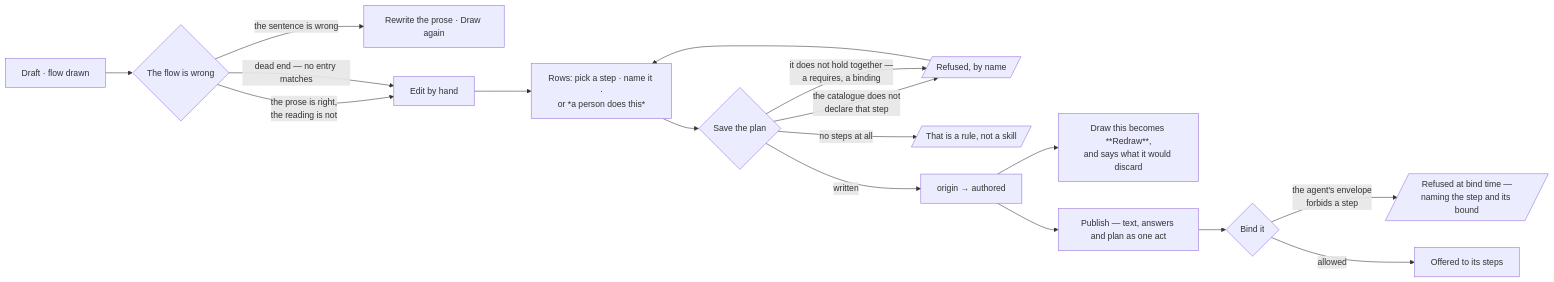
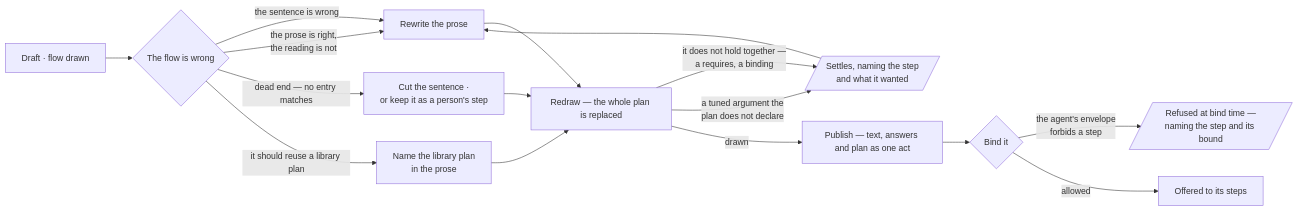
Before and after one commit to invana/invana: the first of 3 diagrams in docs/for-developers/modules/skills/features/authoring-a-skill.md, drawn with Mermaid. The commit also changed other lines of this file and 115 other files, not shown here.

````diff
--- a/docs/for-developers/modules/skills/features/authoring-a-skill.md
+++ b/docs/for-developers/modules/skills/features/authoring-a-skill.md
@@ -36,19 +39,18 @@
 ```mermaid
 flowchart LR
     D[Draft · flow drawn] --> E{The flow is wrong}
-    E -->|the sentence is wrong| P[Rewrite the prose · Draw again]
-    E -->|the prose is right,<br/>the reading is not| H[Edit by hand]
-    E -->|"dead end — no entry matches"| H
-    H --> R[Rows: pick a step · name it ·<br/>or *a person does this*]
-    R --> S{Save the plan}
-    S -->|the catalogue does not<br/>declare that step| X[/"Refused, by name"/]
-    S -->|"it does not hold together —<br/>a requires, a binding"| X
-    S -->|no steps at all| Y[/"That is a rule, not a skill"/]
-    S -->|written| A2[origin → authored]
-    X --> R
-    A2 --> Z[Draw this becomes **Redraw**,<br/>and says what it would discard]
-    A2 --> B2[Publish — text, answers and plan as one act]
+    E -->|the sentence is wrong| P[Rewrite the prose]
+    E -->|"the prose is right,<br/>the reading is not"| P
+    E -->|"dead end — no entry matches"| K[Cut the sentence ·<br/>or keep it as a person's step]
+    E -->|it should reuse a library plan| N["Name the library plan<br/>in the prose"]
+    P --> R[Redraw — the whole plan is replaced]
+    K --> R
+    N --> R
+    R -->|"it does not hold together —<br/>a requires, a binding"| X[/"Settles, naming the step<br/>and what it wanted"/]
+    R -->|"a tuned argument the<br/>plan does not declare"| X
+    X --> P
+    R -->|drawn| B2[Publish — text, answers and plan as one act]
     B2 --> C2{Bind it}
     C2 -->|the agent's envelope<br/>forbids a step| F[/"Refused at bind time —<br/>naming the step and its bound"/]
     C2 -->|allowed| G2[Offered to its steps]
 ```
````
